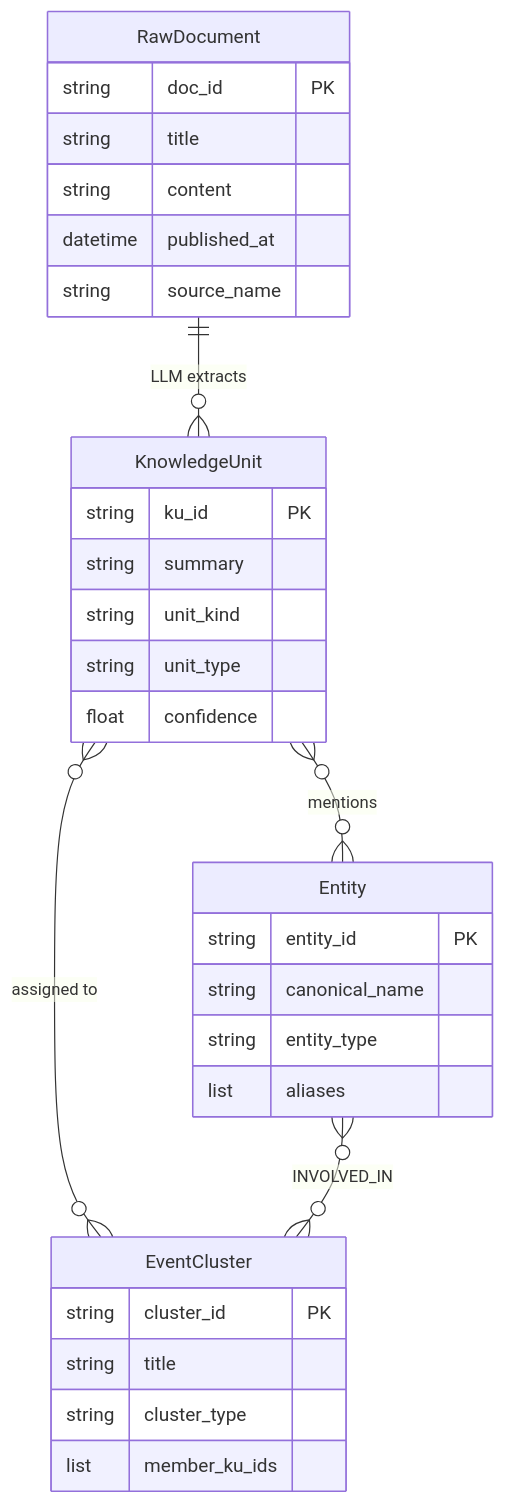
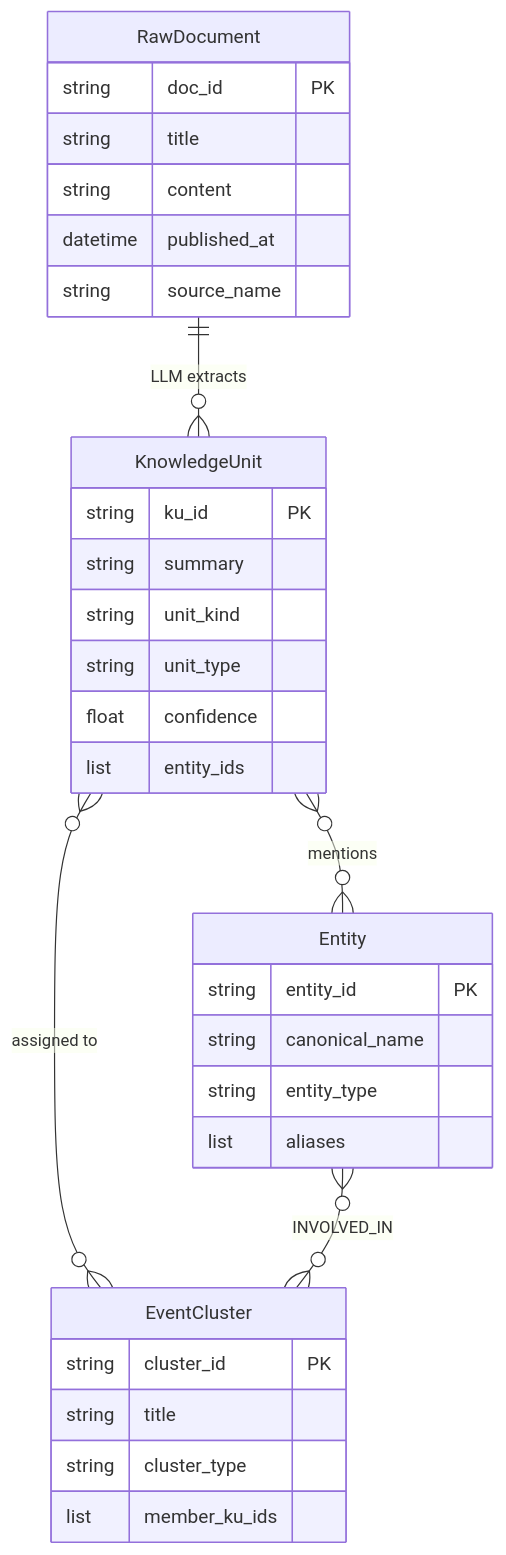
Before and after one commit to yiwufen/news: the third of 3 diagrams in README.md, drawn with Mermaid. The commit also changed other lines of this file and 25 other files, not shown here.

````diff
--- a/README.md
+++ b/README.md
@@ -125,34 +213,35 @@
 ```mermaid
 erDiagram
     RawDocument ||--o{ KnowledgeUnit : "LLM extracts"
     KnowledgeUnit }o--o{ Entity : "mentions"
     KnowledgeUnit }o--o{ EventCluster : "assigned to"
     Entity }o--o{ EventCluster : "INVOLVED_IN"
 
     RawDocument {
         string doc_id PK
         string title
         string content
         datetime published_at
         string source_name
     }
     KnowledgeUnit {
         string ku_id PK
         string summary
         string unit_kind
         string unit_type
         float confidence
+        list entity_ids
     }
     Entity {
         string entity_id PK
         string canonical_name
         string entity_type
         list aliases
     }
     EventCluster {
         string cluster_id PK
         string title
         string cluster_type
         list member_ku_ids
     }
 ```
````
